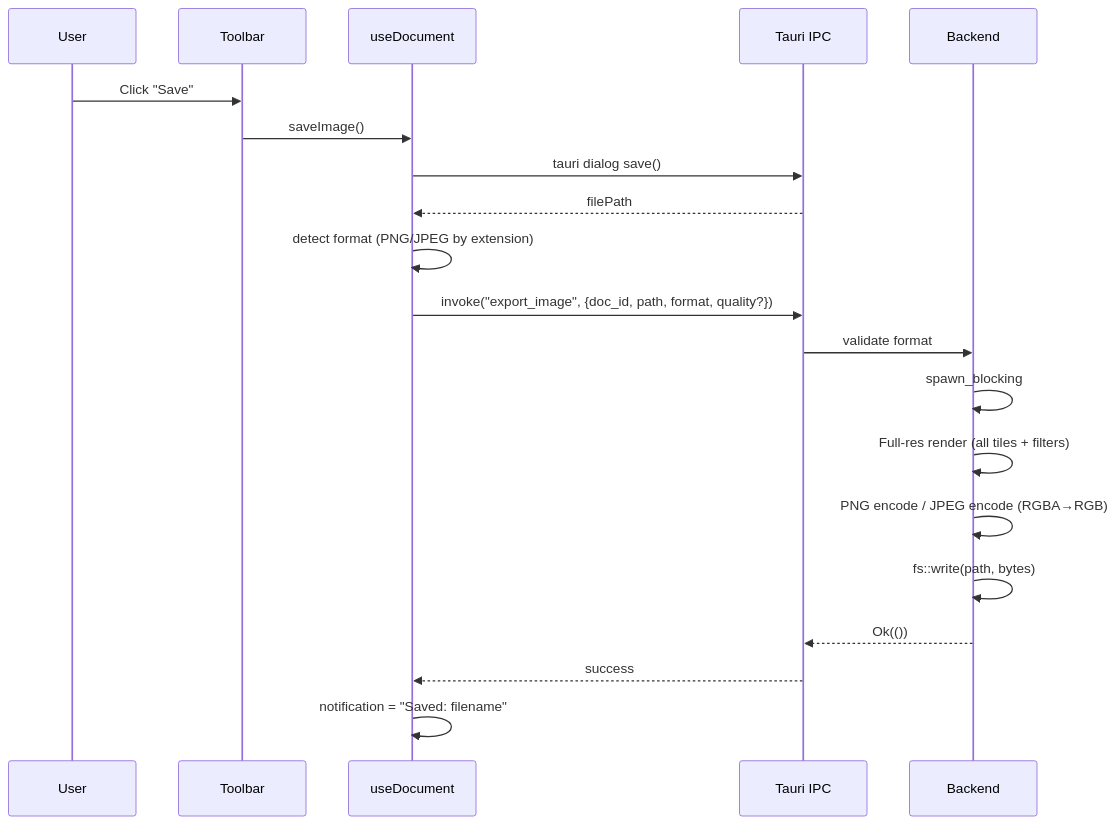
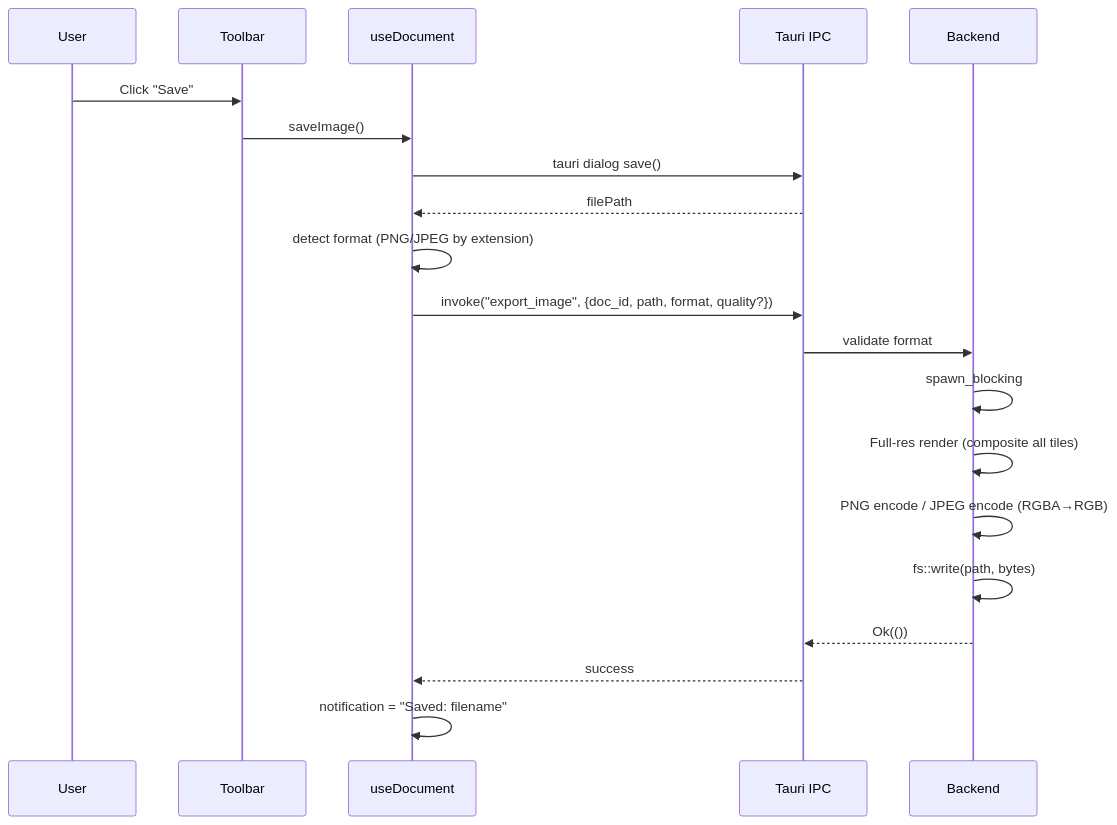
The ninth of 10 diagrams in ARCHITECTURE.md (edrdavid1/dith-yuki), drawn with Mermaid before and after one commit. The commit also changed other lines of this file and 35 other files, not shown here.

````diff
--- a/ARCHITECTURE.md
+++ b/ARCHITECTURE.md
@@ -1027,23 +1241,23 @@
 ```mermaid
 sequenceDiagram
     participant User
     participant Toolbar
     participant useDocument
     participant IPC as Tauri IPC
     participant Backend
 
     User->>Toolbar: Click "Save"
     Toolbar->>useDocument: saveImage()
     useDocument->>IPC: tauri dialog save()
     IPC-->>useDocument: filePath
     useDocument->>useDocument: detect format (PNG/JPEG by extension)
     useDocument->>IPC: invoke("export_image", {doc_id, path, format, quality?})
     IPC->>Backend: validate format
     Backend->>Backend: spawn_blocking
-    Backend->>Backend: Full-res render (all tiles + filters)
+    Backend->>Backend: Full-res render (composite all tiles)
     Backend->>Backend: PNG encode / JPEG encode (RGBA→RGB)
     Backend->>Backend: fs::write(path, bytes)
     Backend-->>IPC: Ok(())
     IPC-->>useDocument: success
     useDocument->>useDocument: notification = "Saved: filename"
 ```
````
